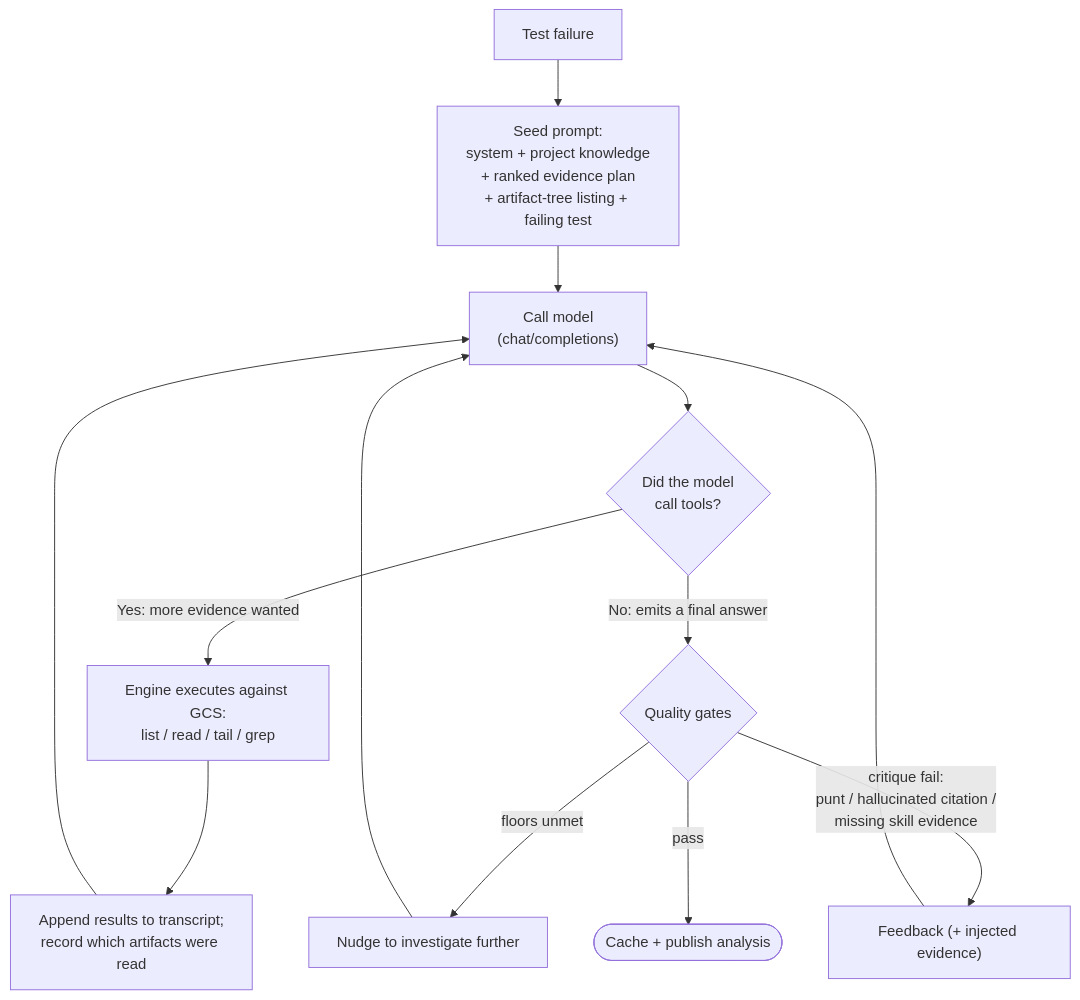
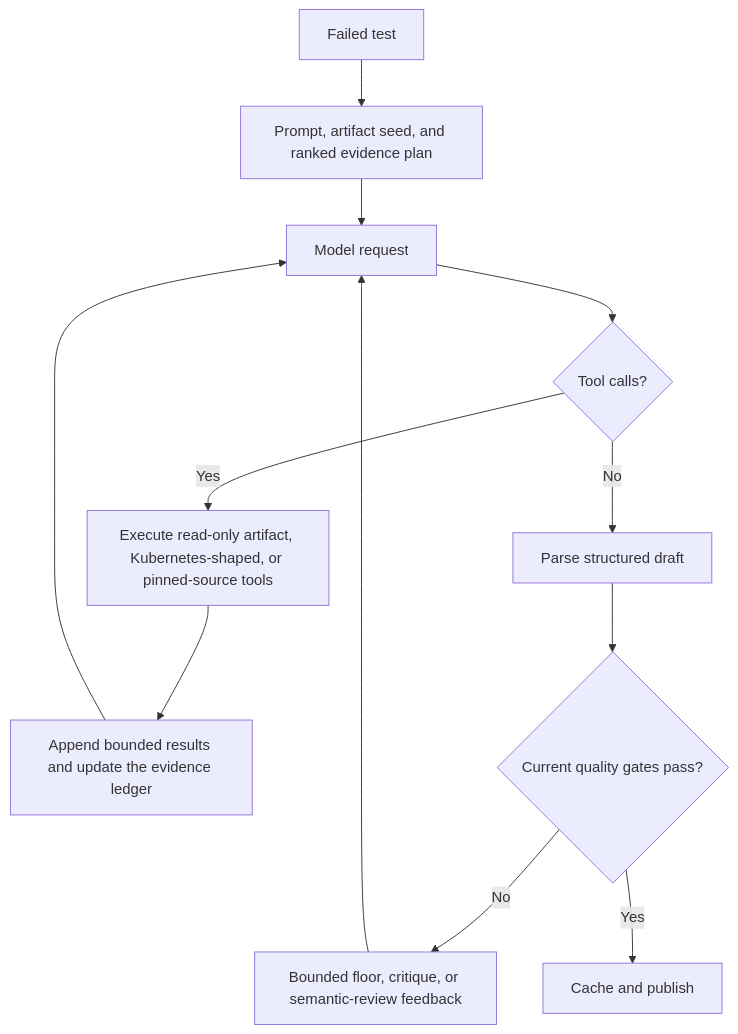
One commit to willie-yao/aster changed the diagram in docs/agentic.md. Above: the diagram before and after it, drawn with Mermaid. The commit also changed other lines of this file and 29 other files, not shown here.

````diff
--- a/docs/agentic.md
+++ b/docs/agentic.md
@@ -304,15 +56,14 @@
 ```mermaid
 flowchart TD
-    A[Test failure] --> B["Seed prompt:<br/>system + project knowledge<br/>+ ranked evidence plan<br/>+ artifact-tree listing + failing test"]
-    B --> C["Call model<br/>(chat/completions)"]
-    C --> D{"Did the model<br/>call tools?"}
-    D -->|"Yes: more evidence wanted"| E["Engine executes against GCS:<br/>list / read / tail / grep"]
-    E --> F["Append results to transcript;<br/>record which artifacts were read"]
+    A["Failed test"] --> B["Prompt, artifact seed, and ranked evidence plan"]
+    B --> C["Model request"]
+    C --> D{"Tool calls?"}
+    D -->|Yes| E["Execute read-only artifact, Kubernetes-shaped, or pinned-source tools"]
+    E --> F["Append bounded results and update the evidence ledger"]
     F --> C
-    D -->|"No: emits a final answer"| G{Quality gates}
-    G -->|"floors unmet"| H["Nudge to investigate further"]
-    H --> C
-    G -->|"critique fail:<br/>punt / hallucinated citation /<br/>missing skill evidence"| I["Feedback (+ injected evidence)"]
+    D -->|No| G["Parse structured draft"]
+    G --> H{"Current quality gates pass?"}
+    H -->|No| I["Bounded floor, critique, or semantic-review feedback"]
     I --> C
-    G -->|"pass"| J([Cache + publish analysis])
+    H -->|Yes| J["Cache and publish"]
 ```
````
